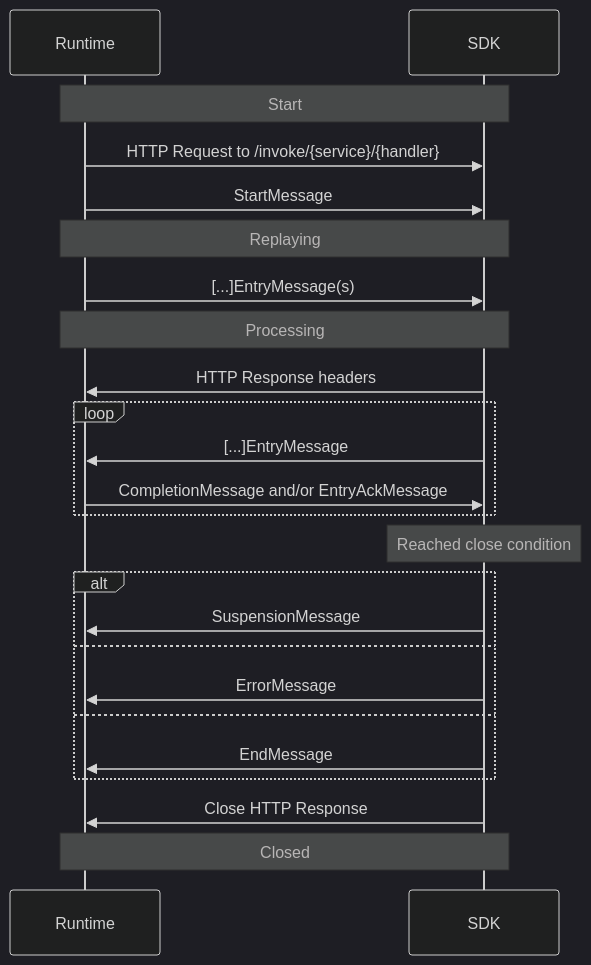
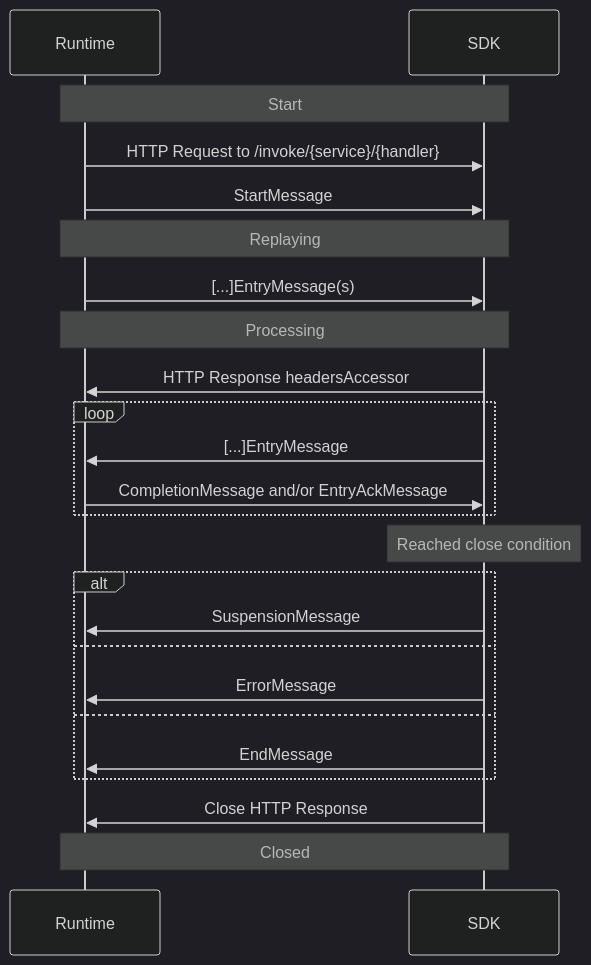
Before and after one commit to restatedev/sdk-java: the diagram in sdk-core/src/main/service-protocol/service-invocation-protocol.md, drawn with Mermaid (dark theme). The commit also changed 43 other files, not shown here.

````diff
--- a/sdk-core/src/main/service-protocol/service-invocation-protocol.md
+++ b/sdk-core/src/main/service-protocol/service-invocation-protocol.md
@@ -32,24 +32,24 @@
 ```mermaid
 sequenceDiagram
     Note over Runtime,SDK: Start
     Runtime->>SDK: HTTP Request to /invoke/{service}/{handler}
     Runtime->>SDK: StartMessage
     Note over Runtime,SDK: Replaying
     Runtime->>SDK: [...]EntryMessage(s)
     Note over Runtime,SDK: Processing
-    SDK->>Runtime: HTTP Response headers
+    SDK->>Runtime: HTTP Response headersAccessor
     loop
         SDK->>Runtime: [...]EntryMessage
         Runtime->>SDK: CompletionMessage and/or EntryAckMessage
     end
     Note over SDK: Reached close condition
     alt
         SDK->>Runtime: SuspensionMessage
     else
         SDK->>Runtime: ErrorMessage
     else
         SDK->>Runtime: EndMessage
     end
     SDK->>Runtime: Close HTTP Response
     Note over Runtime,SDK: Closed
 ```
````
